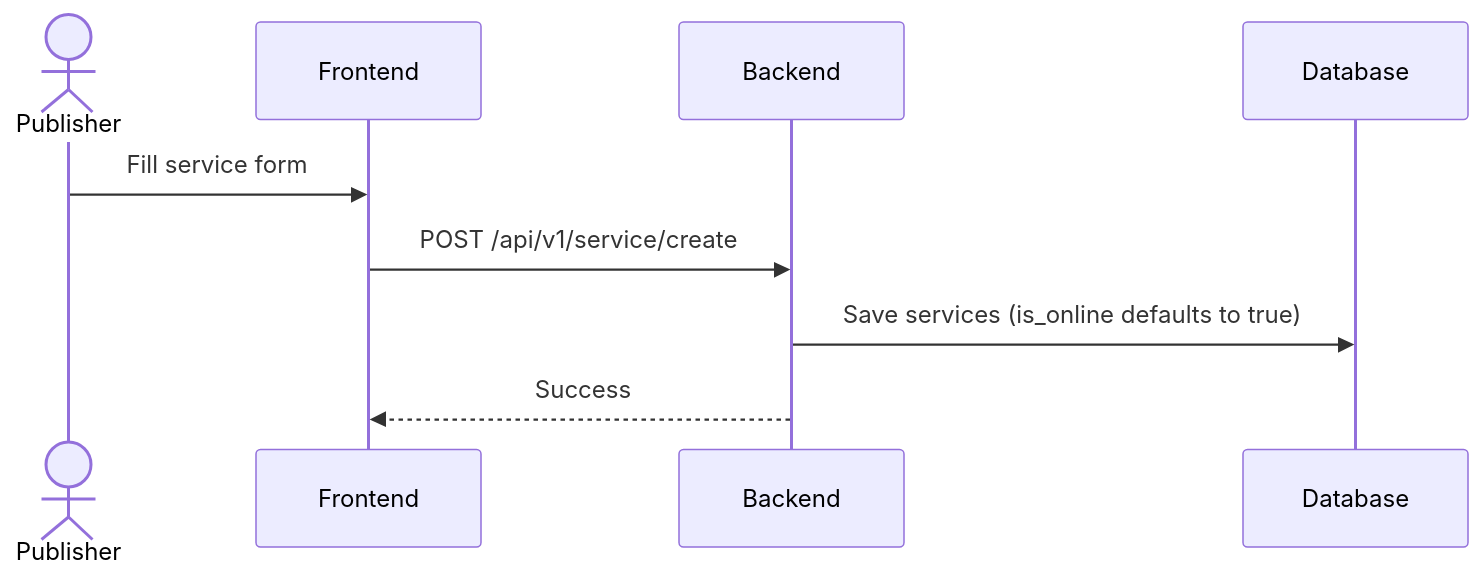
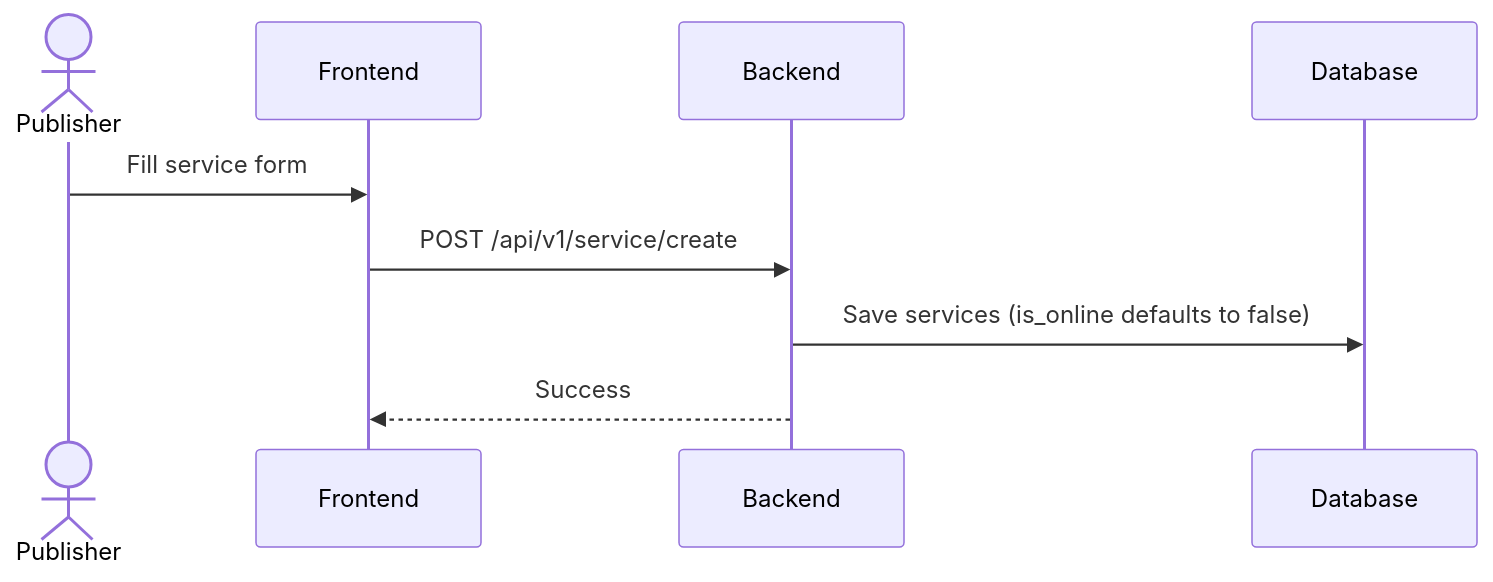
The third of 10 diagrams in docs/en/workflows.md (yeying-community/node), drawn with Mermaid before and after one commit. The commit also changed other lines of this file and 85 other files, not shown here.

````diff
--- a/docs/en/workflows.md
+++ b/docs/en/workflows.md
@@ -37,12 +38,12 @@
 ```mermaid
 sequenceDiagram
   actor U as Publisher
   participant FE as Frontend
   participant BE as Backend
   participant DB as Database
 
   U ->> FE: Fill service form
   FE ->> BE: POST /api/v1/service/create
-  BE ->> DB: Save services (is_online defaults to true)
+  BE ->> DB: Save services (is_online defaults to false)
   BE -->> FE: Success
 ```
````
